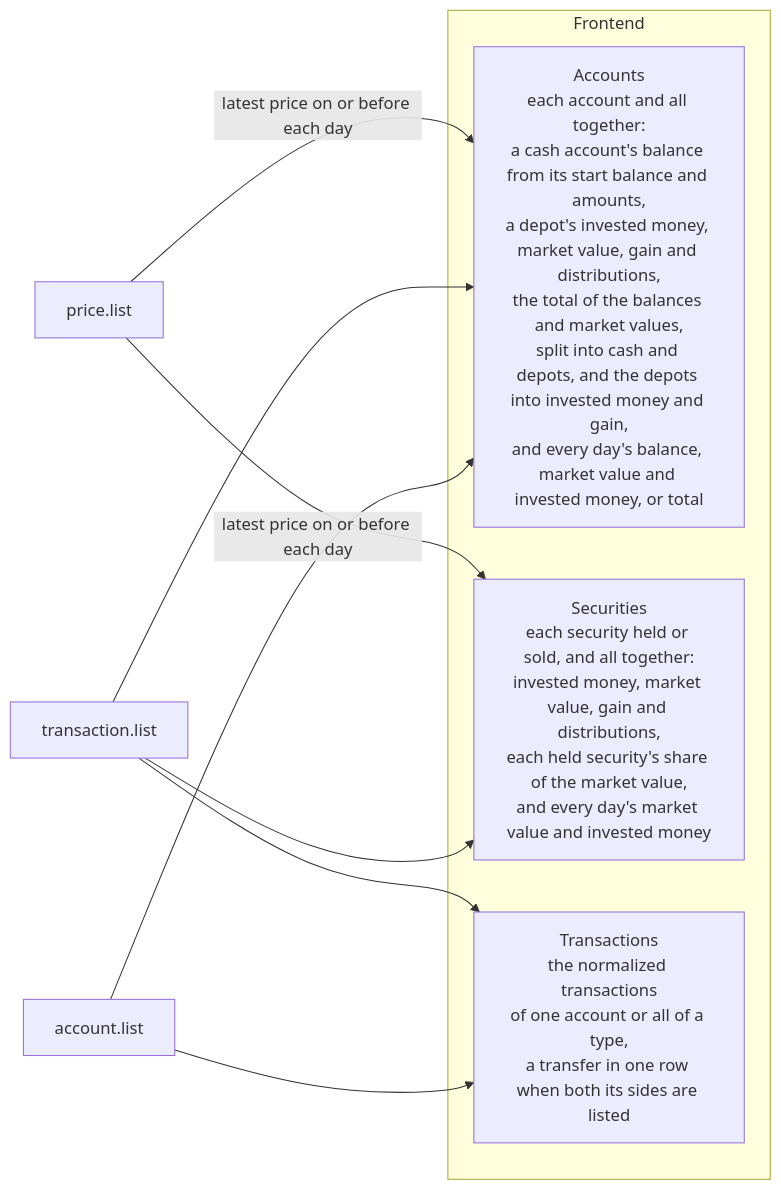
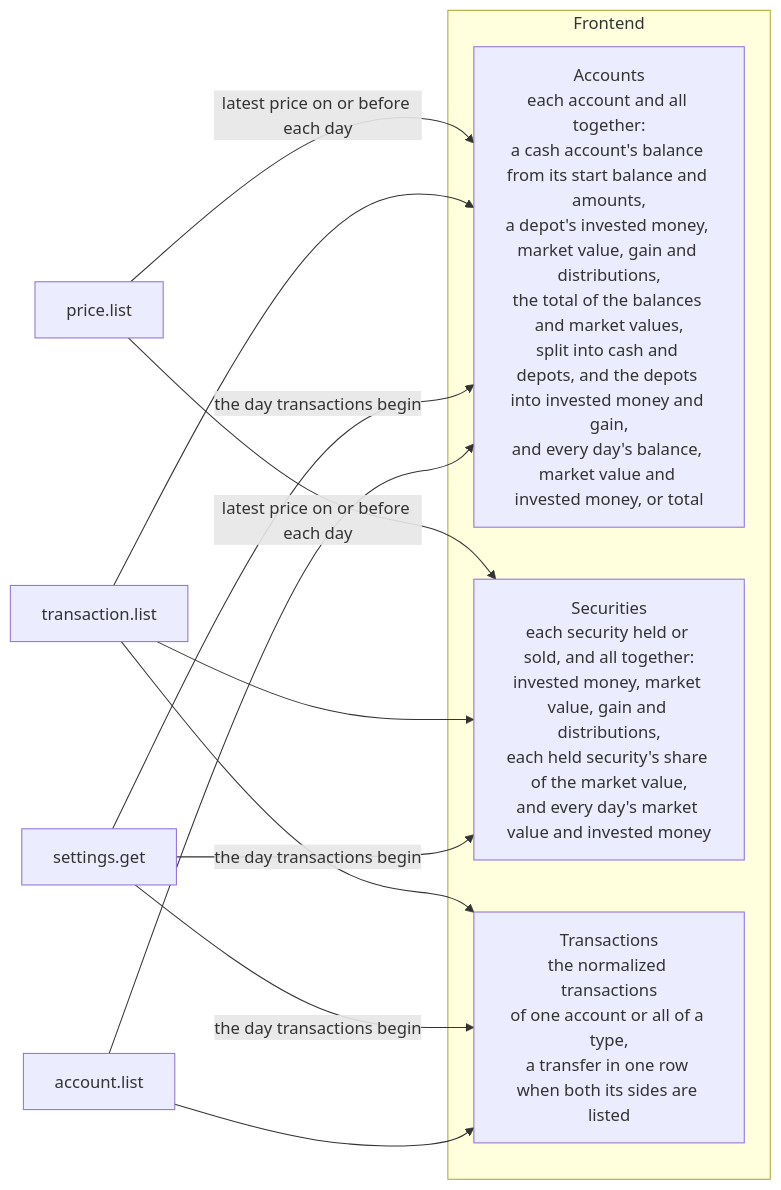
Before and after one commit to lennartmoeller/finance-tracker: the diagram in docs/contract/figures.md, drawn with Mermaid. The commit also changed other lines of this file and 29 other files, not shown here.

Commit message:
feat: let the user set the day transactions begin on a settings page (#67)

````diff
--- a/docs/contract/figures.md
+++ b/docs/contract/figures.md
@@ -3,17 +3,19 @@
 ```mermaid
 flowchart LR
   accounts["account.list"]
   transactions["transaction.list"]
   prices["price.list"]
+  settings["settings.get"]
   subgraph frontend["Frontend"]
     accountsView["Accounts<br/>each account and all together:<br/>a cash account's balance from its start balance and amounts,<br/>a depot's invested money, market value, gain and distributions,<br/>the total of the balances and market values,<br/>split into cash and depots, and the depots into invested money and gain,<br/>and every day's balance, market value and invested money, or total"]
     securities["Securities<br/>each security held or sold, and all together:<br/>invested money, market value, gain and distributions,<br/>each held security's share of the market value,<br/>and every day's market value and invested money"]
     list["Transactions<br/>the normalized transactions<br/>of one account or all of a type,<br/>a transfer in one row when both its sides are listed"]
   end
   accounts --> accountsView
   accounts --> list
+  settings -- "the day transactions begin" --> accountsView & securities & list
   transactions --> accountsView
   transactions --> securities
   transactions --> list
   prices -- "latest price on or before each day" --> accountsView & securities
 ```
````
